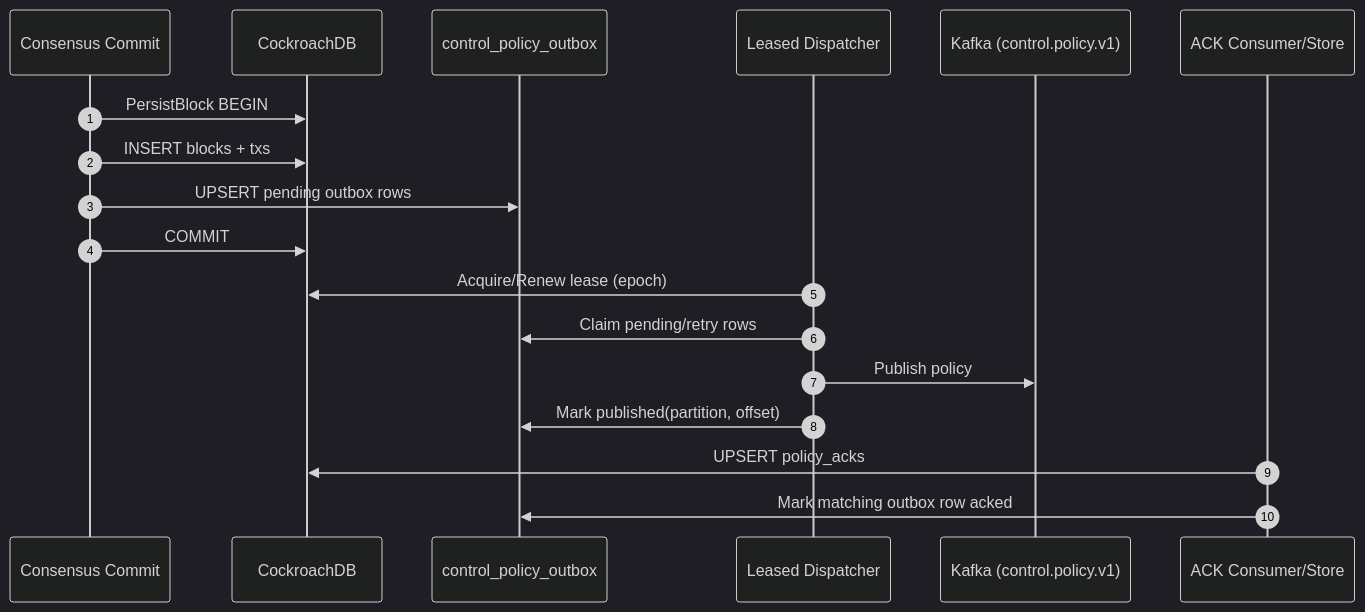
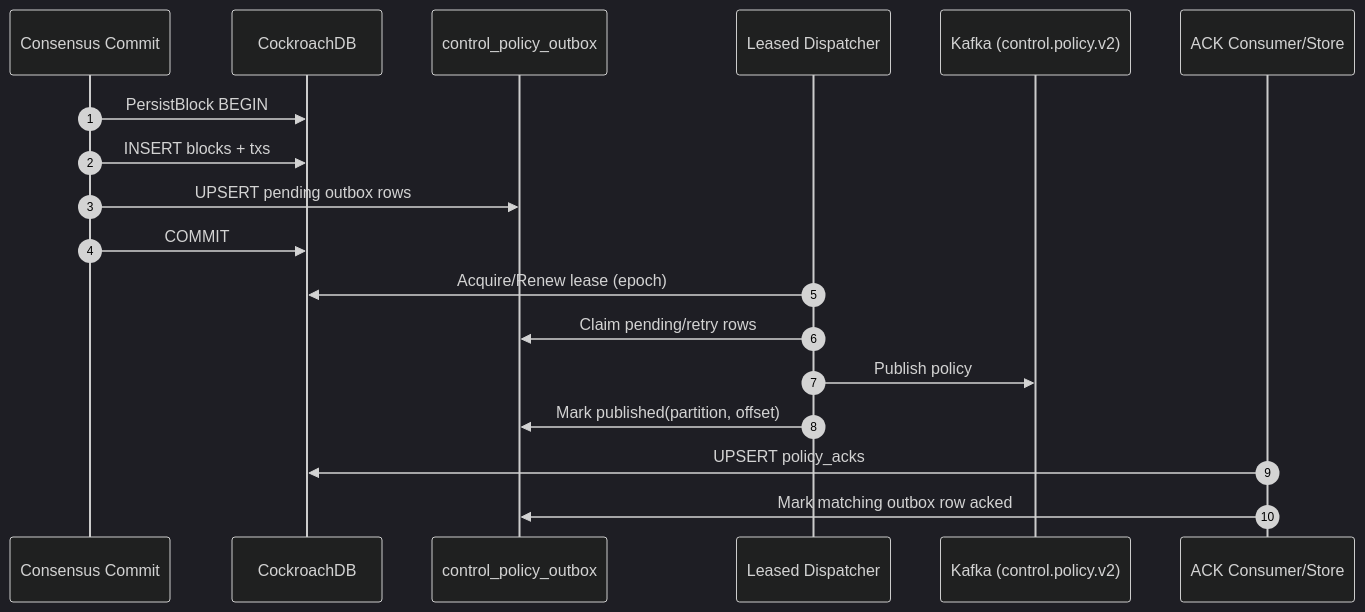
Diagram 12 of 14 in docs/design/LLD-backend.md (EveShark/CyberMesh), drawn with Mermaid (dark theme) before and after one commit. The commit also changed other lines of this file and 35 other files, not shown here.

Commit message:
Migrate control policy runtime and signing to v2

````diff
--- a/docs/design/LLD-backend.md
+++ b/docs/design/LLD-backend.md
@@ -440,23 +440,23 @@
 ```mermaid
 sequenceDiagram
     autonumber
     participant C as Consensus Commit
     participant DB as CockroachDB
     participant O as control_policy_outbox
     participant D as Leased Dispatcher
-    participant K as Kafka (control.policy.v1)
+    participant K as Kafka (control.policy.v2)
     participant A as ACK Consumer/Store
 
     C->>DB: PersistBlock BEGIN
     C->>DB: INSERT blocks + txs
     C->>O: UPSERT pending outbox rows
     C->>DB: COMMIT
 
     D->>DB: Acquire/Renew lease (epoch)
     D->>O: Claim pending/retry rows
     D->>K: Publish policy
     D->>O: Mark published(partition, offset)
 
     A->>DB: UPSERT policy_acks
     A->>O: Mark matching outbox row acked
 ```
````
